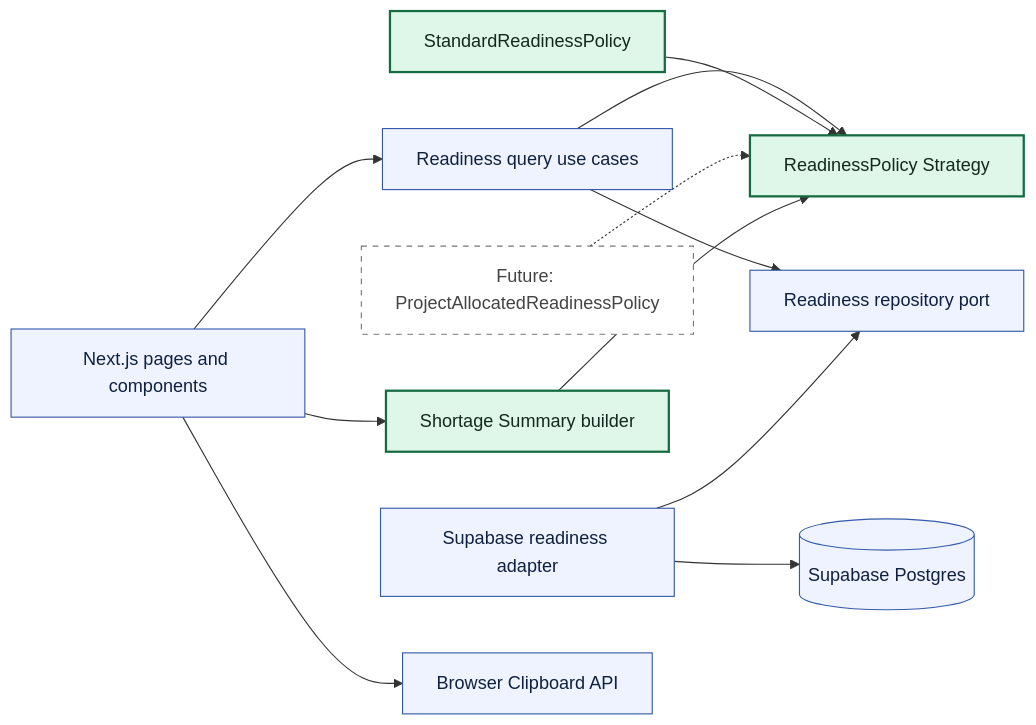
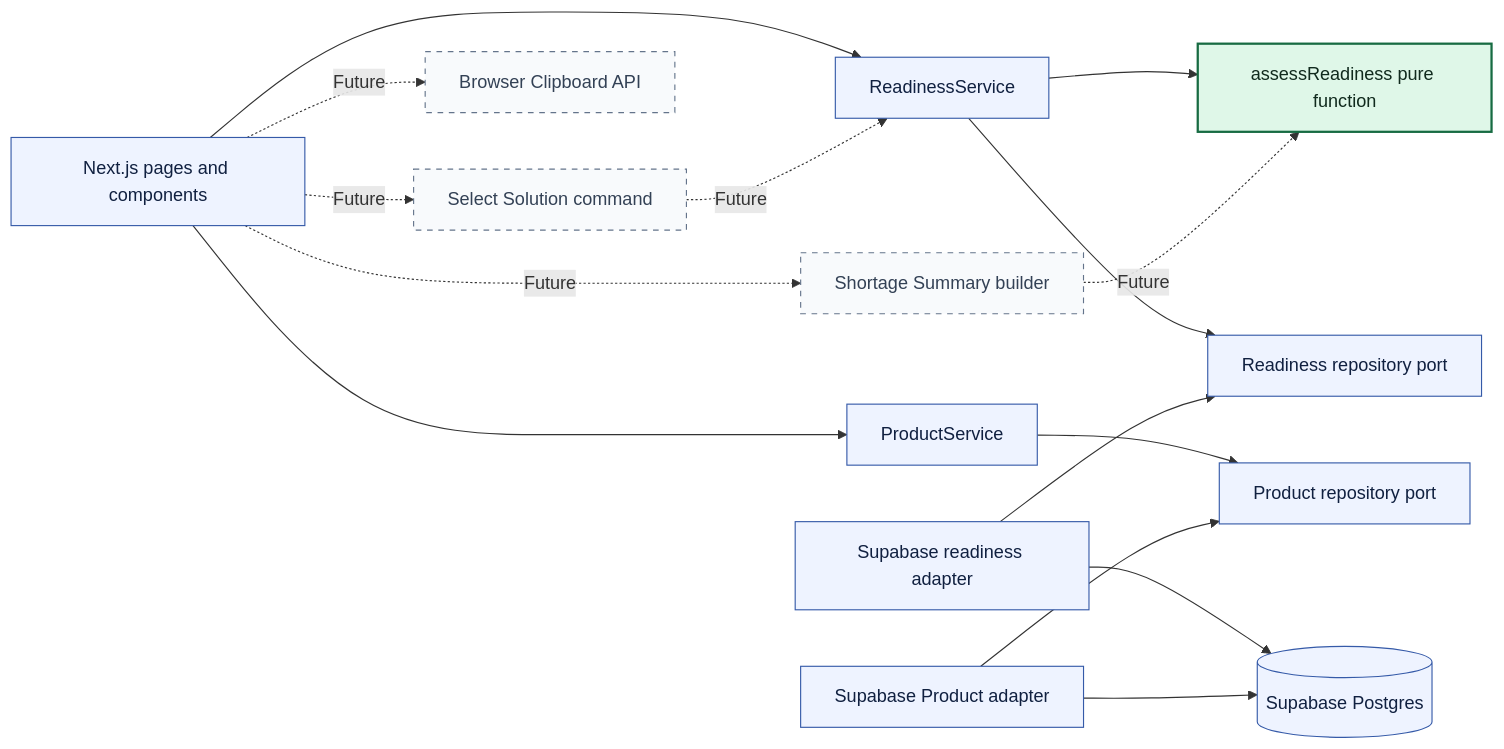
Before and after one commit to jiqiang90/qantum-stock: the first of 7 diagrams in docs/architecture/overview.md, drawn with Mermaid. The commit also changed other lines of this file and 18 other files, not shown here.

````diff
--- a/docs/architecture/overview.md
+++ b/docs/architecture/overview.md
@@ -15,20 +16,24 @@
 ```mermaid
 flowchart LR
-    UI[Next.js pages and components] --> Queries[Readiness query use cases]
-    Queries --> Policy[ReadinessPolicy Strategy]
-    Queries --> Port[Readiness repository port]
-    Standard[StandardReadinessPolicy] --> Policy
-    Future[Future: ProjectAllocatedReadinessPolicy] -.-> Policy
-    Adapter[Supabase readiness adapter] --> Port
-    Adapter --> DB[(Supabase Postgres)]
-    UI --> Summary[Shortage Summary builder]
-    Summary --> Policy
-    UI --> Clipboard[Browser Clipboard API]
+    UI[Next.js pages and components] --> RService[ReadinessService]
+    RService --> Rules[assessReadiness pure function]
+    RService --> RPort[Readiness repository port]
+    RAdapter[Supabase readiness adapter] --> RPort
+    RAdapter --> DB[(Supabase Postgres)]
+    UI -. Future .-> Select[Select Solution command]
+    Select -. Future .-> RService
+    UI --> PService[ProductService]
+    PService --> PPort[Product repository port]
+    PAdapter[Supabase Product adapter] --> PPort
+    PAdapter --> DB
+    UI -. Future .-> Summary[Shortage Summary builder]
+    Summary -. Future .-> Rules
+    UI -. Future .-> Clipboard[Browser Clipboard API]
 
     classDef core fill:#dff7e8,stroke:#176b42,stroke-width:2px,color:#102a1d;
     classDef boundary fill:#eef3ff,stroke:#355aa8,color:#102040;
-    classDef future fill:#fff,stroke:#777,stroke-dasharray:5 5,color:#444;
-    class Policy,Standard,Summary core;
-    class UI,Queries,Port,Adapter,DB,Clipboard boundary;
-    class Future future;
+    classDef future fill:#f8fafc,stroke:#64748b,stroke-dasharray:5 5,color:#334155;
+    class Rules core;
+    class UI,RService,RPort,RAdapter,PService,PPort,PAdapter,DB boundary;
+    class Select,Summary,Clipboard future;
 ```
````
